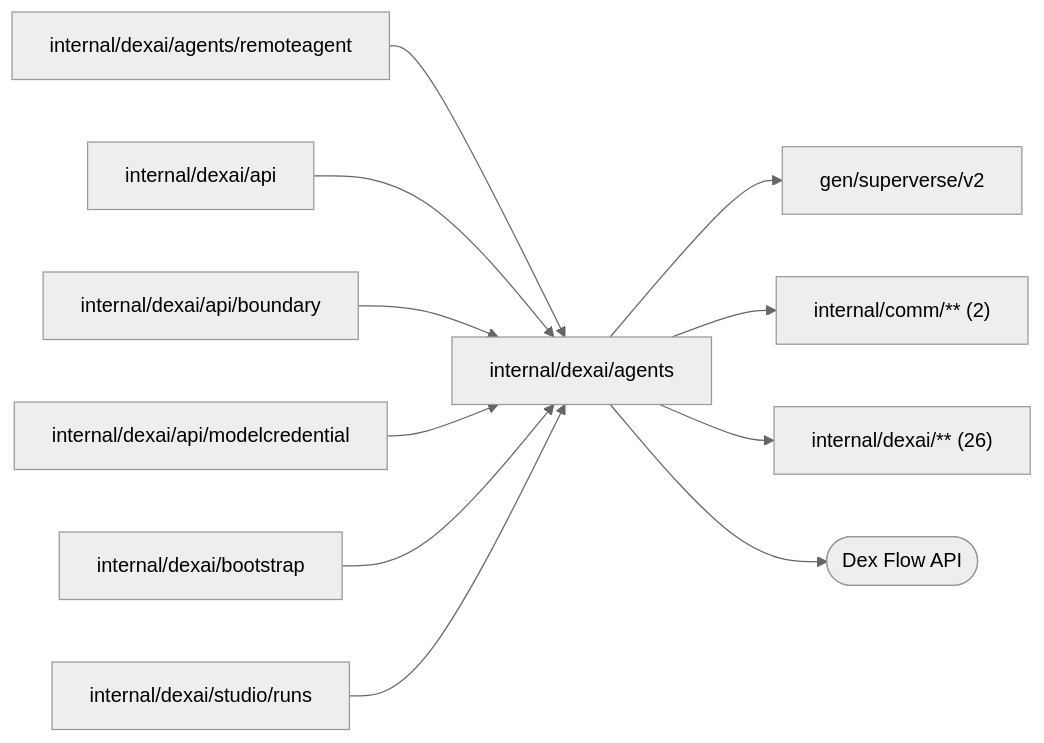
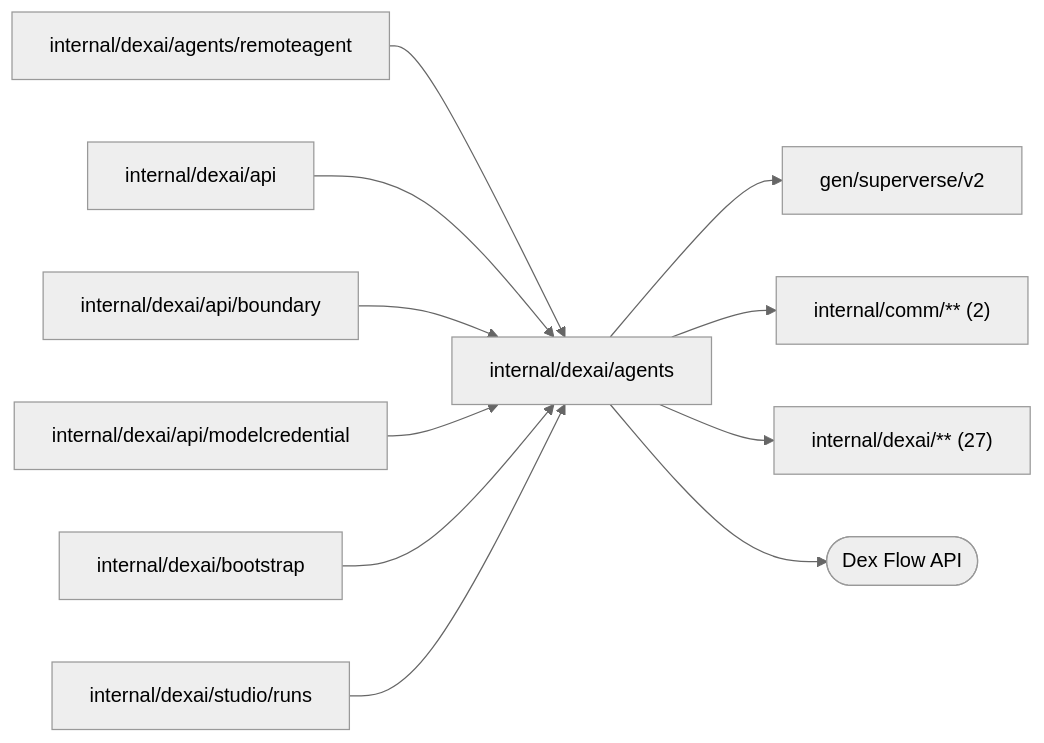
One commit to superdurable/superverse changed the diagram in internal/dexai/agents/README.md. Above: the diagram before and after it, drawn with Mermaid (neutral theme). The commit also changed other lines of this file and 25 other files, not shown here.

````diff
--- a/internal/dexai/agents/README.md
+++ b/internal/dexai/agents/README.md
@@ -10,14 +10,14 @@
 ```mermaid
 flowchart LR
   self["internal/dexai/agents"]
   c0["internal/dexai/agents/remoteagent"] --> self
   c1["internal/dexai/api"] --> self
   c2["internal/dexai/api/boundary"] --> self
   c3["internal/dexai/api/modelcredential"] --> self
   c4["internal/dexai/bootstrap"] --> self
   c5["internal/dexai/studio/runs"] --> self
   self --> d0["gen/superverse/v2"]
   self --> d1["internal/comm/** (2)"]
-  self --> d2["internal/dexai/** (26)"]
+  self --> d2["internal/dexai/** (27)"]
   self --> e0(["Dex Flow API"])
 ```
````
